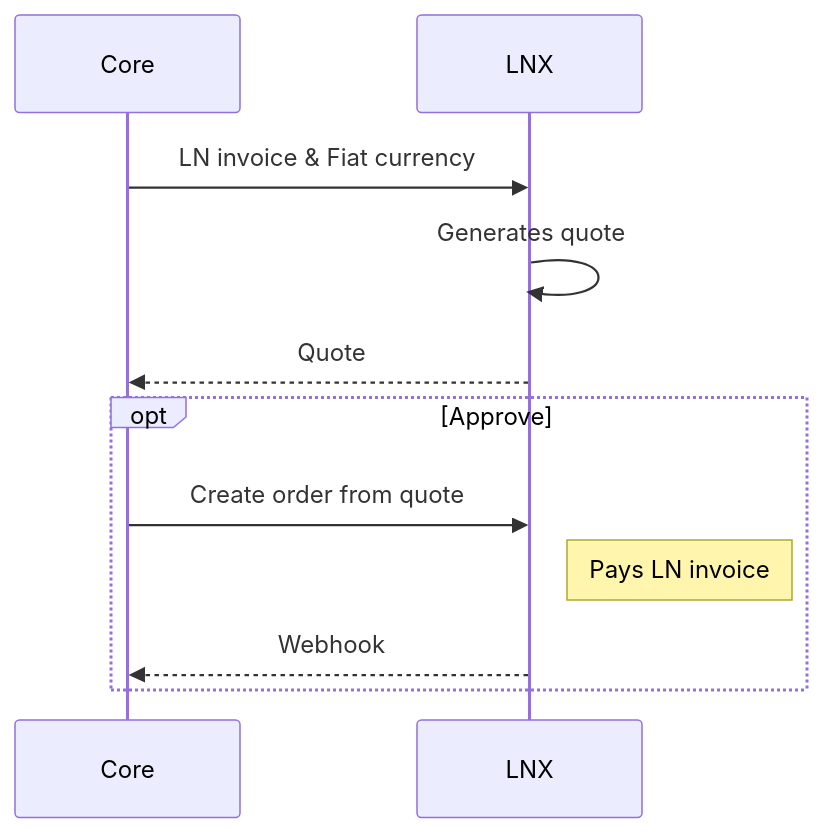
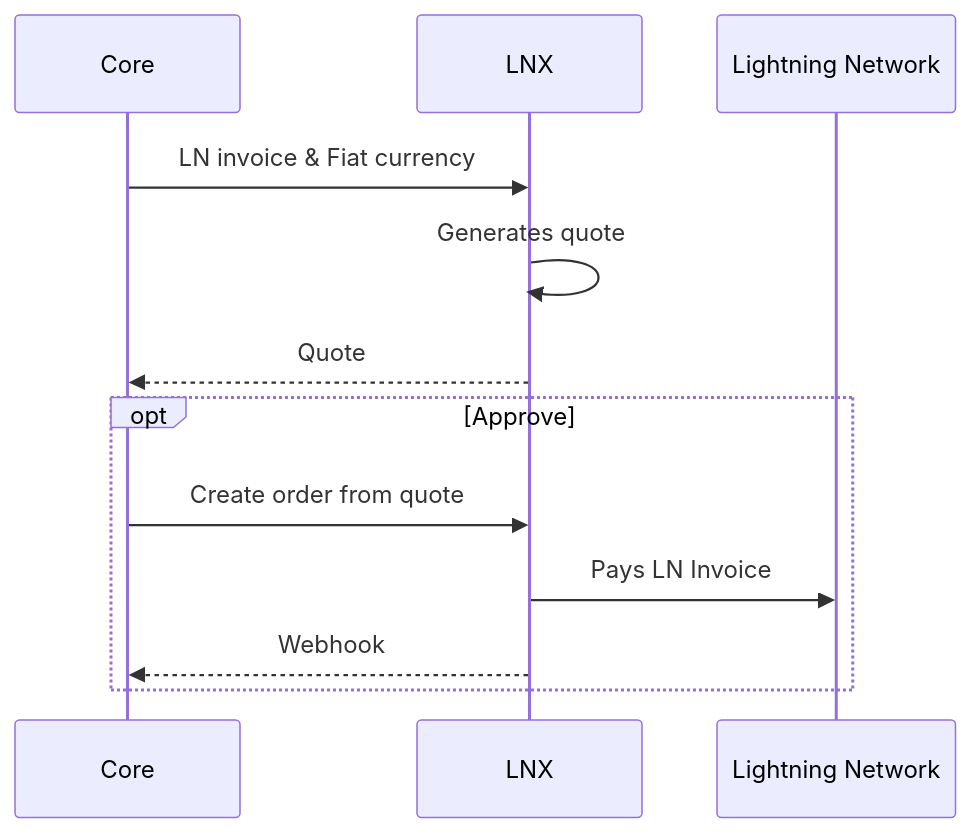
Before and after one commit to bloom-solutions/lnx-spec: the first of 2 diagrams in 002-lnx.md, drawn with Mermaid. The commit also changed other lines of this file, not shown here.

````diff
--- a/002-lnx.md
+++ b/002-lnx.md
@@ -12,13 +12,14 @@
 ```mermaid
 sequenceDiagram
     Participant Core
     Participant LNX
+    Participant Lightning Network
     Core->>LNX: LN invoice & Fiat currency
     LNX->>LNX: Generates quote
     LNX-->>Core: Quote
     opt Approve
         Core->>LNX: Create order from quote
-        Note right of LNX: Pays LN invoice
+        LNX->>Lightning Network: Pays LN Invoice
         LNX-->>Core: Webhook
     end
 ```
````
